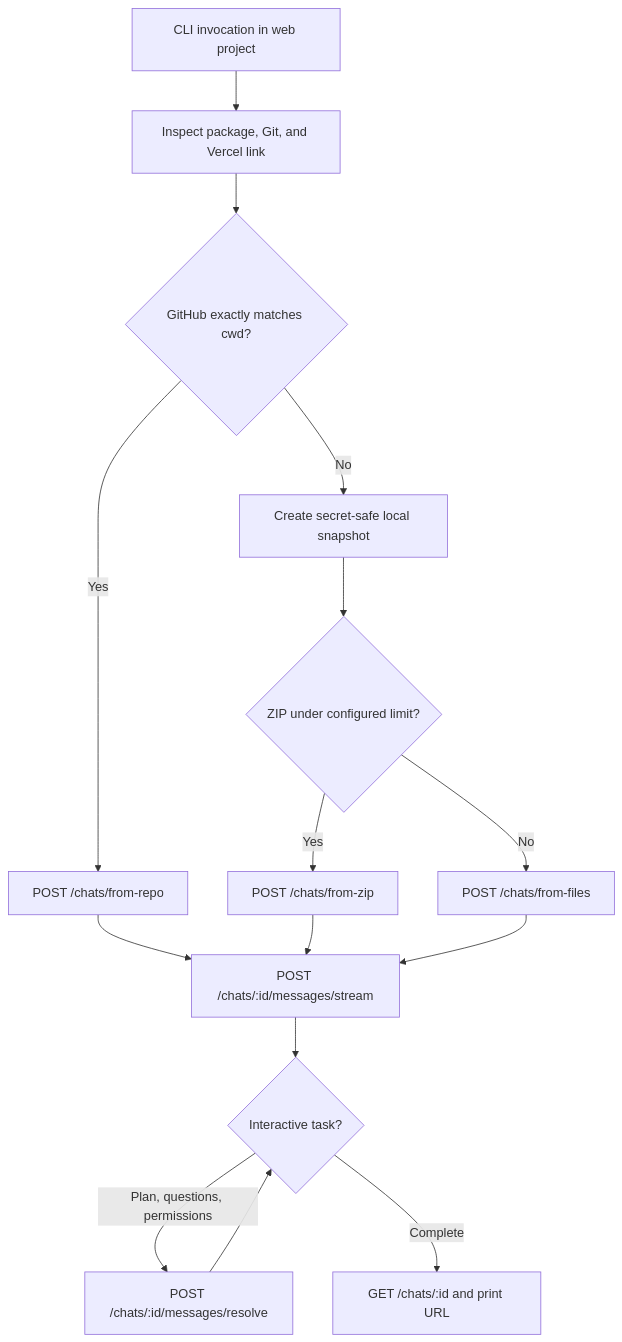
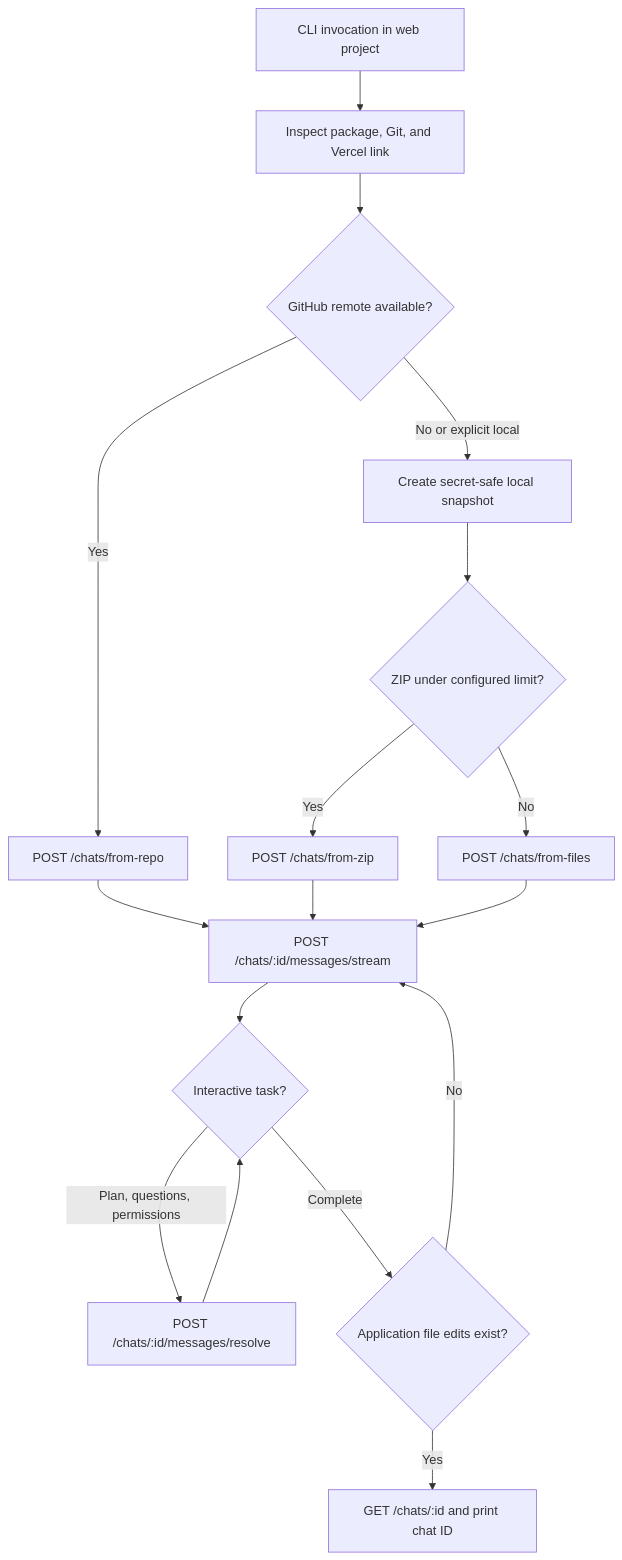
Before and after one commit to jnsahaj/v0-reimagine: the diagram in docs/architecture.md, drawn with Mermaid. The commit also changed other lines of this file and 14 other files, not shown here.

````diff
--- a/docs/architecture.md
+++ b/docs/architecture.md
@@ -8,17 +8,19 @@
 ```mermaid
 flowchart TD
   A["CLI invocation in web project"] --> B["Inspect package, Git, and Vercel link"]
-  B --> C{"GitHub exactly matches cwd?"}
+  B --> C{"GitHub remote available?"}
   C -->|Yes| D["POST /chats/from-repo"]
-  C -->|No| E["Create secret-safe local snapshot"]
+  C -->|No or explicit local| E["Create secret-safe local snapshot"]
   E --> F{"ZIP under configured limit?"}
   F -->|Yes| G["POST /chats/from-zip"]
   F -->|No| H["POST /chats/from-files"]
   D --> I["POST /chats/:id/messages/stream"]
   G --> I
   H --> I
   I --> J{"Interactive task?"}
   J -->|Plan, questions, permissions| K["POST /chats/:id/messages/resolve"]
   K --> J
-  J -->|Complete| L["GET /chats/:id and print URL"]
+  J -->|Complete| L{"Application file edits exist?"}
+  L -->|No| I
+  L -->|Yes| M["GET /chats/:id and print chat ID"]
 ```
````
